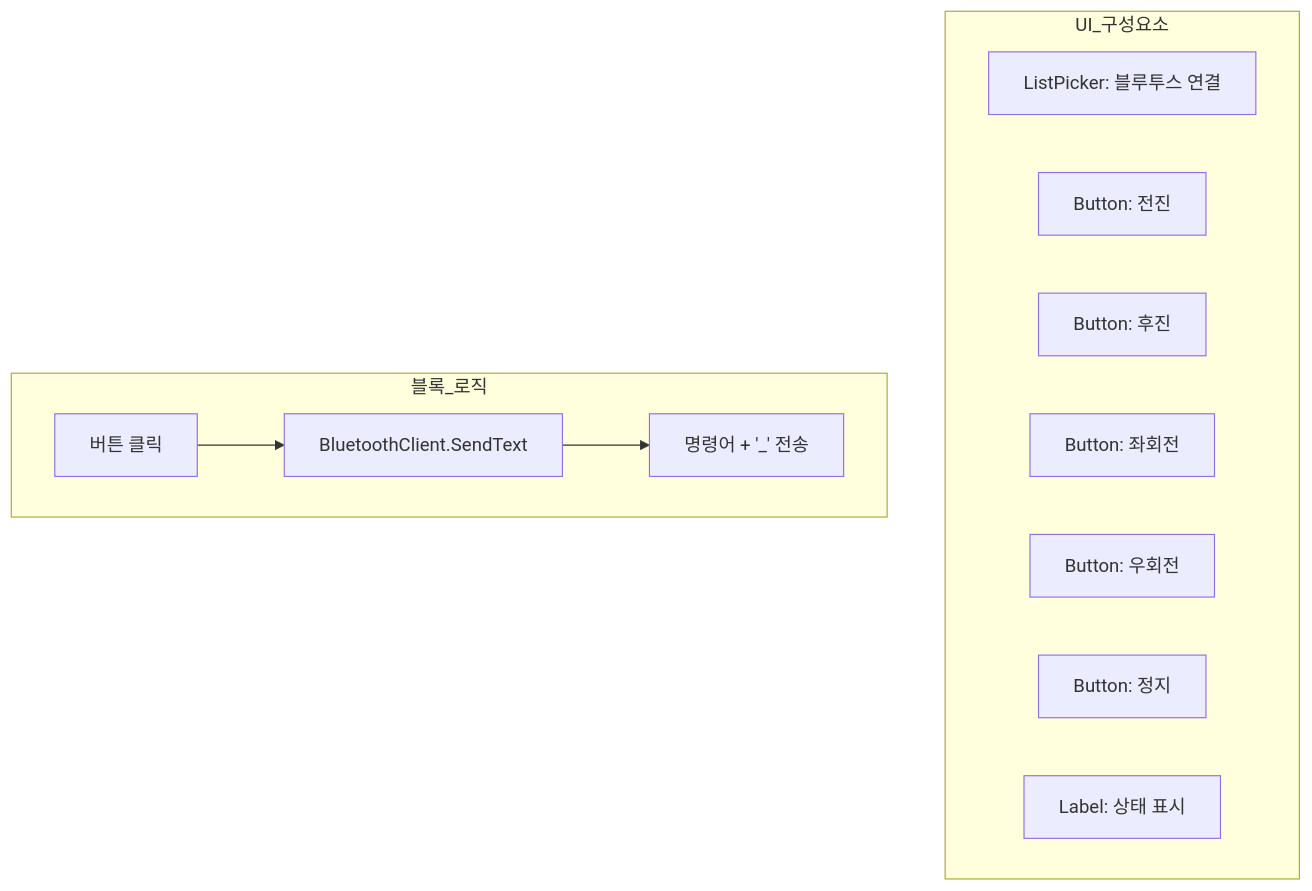
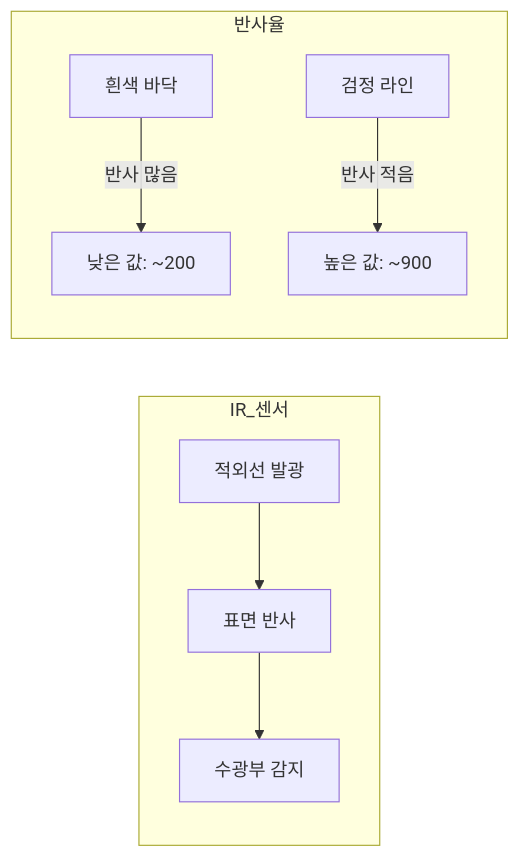
The seventh of 17 diagrams in document/curriculum_autoplot_2day.md (Collegenie-X/Arduino_AutoPlot), drawn with Mermaid before and after one commit. The commit also changed other lines of this file and 3 other files, not shown here.

````diff
--- a/document/curriculum_autoplot_2day.md
+++ b/document/curriculum_autoplot_2day.md
@@ -153,17 +320,12 @@
 ```mermaid
-flowchart TB
-    subgraph UI_구성요소
-        A[ListPicker: 블루투스 연결]
-        B[Button: 전진]
-        C[Button: 후진]
-        D[Button: 좌회전]
-        E[Button: 우회전]
-        F[Button: 정지]
-        G[Label: 상태 표시]
+flowchart LR
+    subgraph IR_센서
+        A[적외선 발광] --> B[표면 반사]
+        B --> C[수광부 감지]
     end
     
-    subgraph 블록_로직
-        H[버튼 클릭] --> I[BluetoothClient.SendText]
-        I --> J[명령어 + '_' 전송]
+    subgraph 반사율
+        D[흰색 바닥] -->|반사 많음| E[낮은 값: ~200]
+        F[검정 라인] -->|반사 적음| G[높은 값: ~900]
     end
 ```
````
